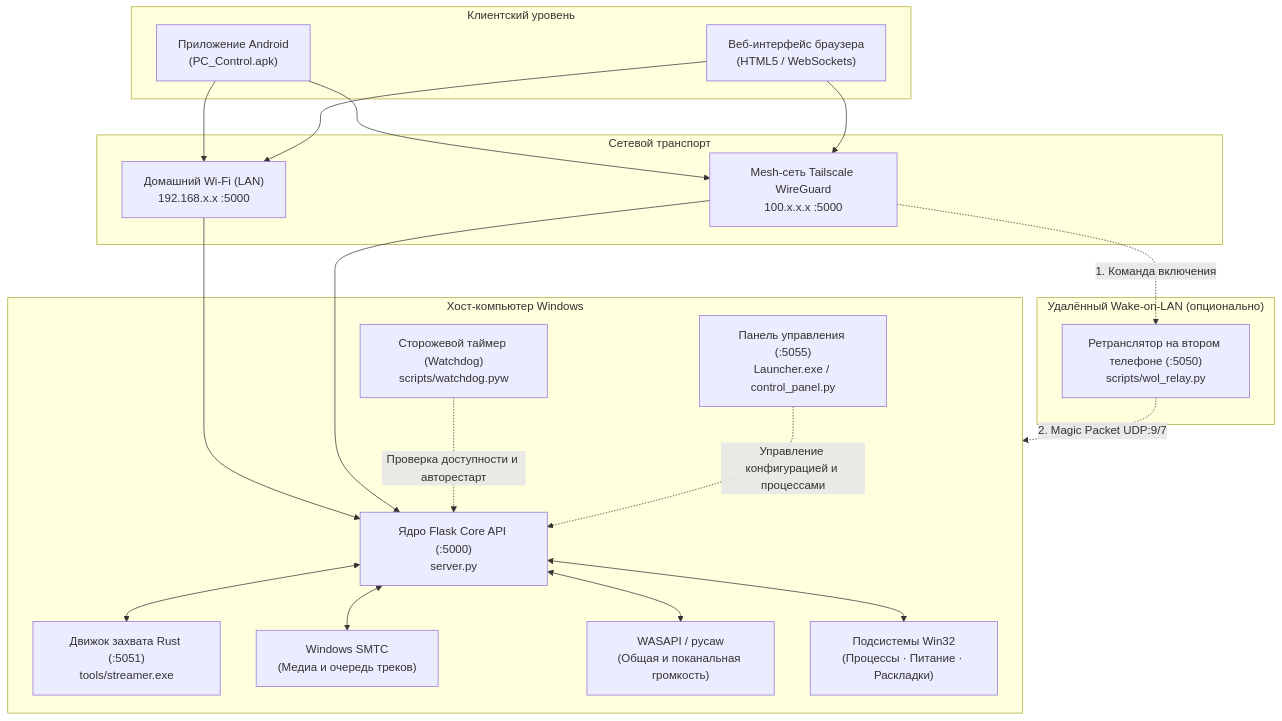
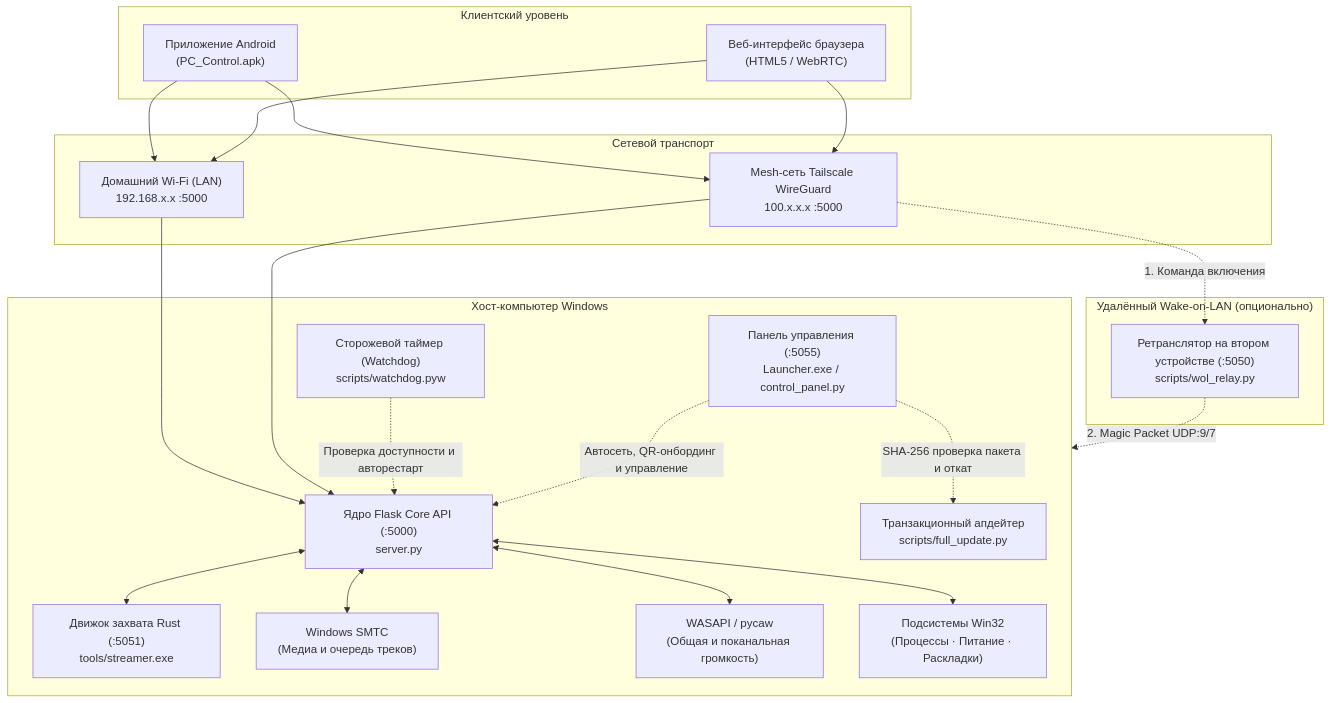
The diagram in README.ru.md (lavi-666/pc-control), drawn with Mermaid before and after one commit. The commit also changed other lines of this file and 1 other file, not shown here.

Commit message:
docs(readme): synchronize English and Russian READMEs with current architecture, API routes, and launcher features

````diff
--- a/README.ru.md
+++ b/README.ru.md
@@ -77,46 +77,48 @@
 ```mermaid
 flowchart TD
     subgraph Clients["Клиентский уровень"]
         APK["Приложение Android<br/>(PC_Control.apk)"]
-        WEB["Веб-интерфейс браузера<br/>(HTML5 / WebSockets)"]
+        WEB["Веб-интерфейс браузера<br/>(HTML5 / WebRTC)"]
     end
 
     subgraph Network["Сетевой транспорт"]
         LAN["Домашний Wi-Fi (LAN)<br/>192.168.x.x :5000"]
         TS["Mesh-сеть Tailscale WireGuard<br/>100.x.x.x :5000"]
     end
 
     subgraph Host["Хост-компьютер Windows"]
         API["Ядро Flask Core API (:5000)<br/>server.py"]
         STREAM["Движок захвата Rust (:5051)<br/>tools/streamer.exe"]
         WATCHDOG["Сторожевой таймер (Watchdog)<br/>scripts/watchdog.pyw"]
         LAUNCHER["Панель управления (:5055)<br/>Launcher.exe / control_panel.py"]
+        UPDATER["Транзакционный апдейтер<br/>scripts/full_update.py"]
         
         SMTC["Windows SMTC<br/>(Медиа и очередь треков)"]
         WASAPI["WASAPI / pycaw<br/>(Общая и поканальная громкость)"]
         WIN32["Подсистемы Win32<br/>(Процессы · Питание · Раскладки)"]
     end
 
     subgraph RemoteWOL["Удалённый Wake-on-LAN (опционально)"]
-        RELAY["Ретранслятор на втором телефоне (:5050)<br/>scripts/wol_relay.py"]
+        RELAY["Ретранслятор на втором устройстве (:5050)<br/>scripts/wol_relay.py"]
     end
 
     APK --> LAN
     APK --> TS
     WEB --> LAN
     WEB --> TS
 
     LAN --> API
     TS --> API
 
     API <--> STREAM
     API <--> SMTC
     API <--> WASAPI
     API <--> WIN32
 
     WATCHDOG -.->|Проверка доступности и авторестарт| API
-    LAUNCHER -.->|Управление конфигурацией и процессами| API
+    LAUNCHER -.->|Автосеть, QR-онбординг и управление| API
+    LAUNCHER -.->|SHA-256 проверка пакета и откат| UPDATER
 
     TS -.->|1. Команда включения| RELAY
     RELAY -.->|2. Magic Packet UDP:9/7| Host
 ```
````
